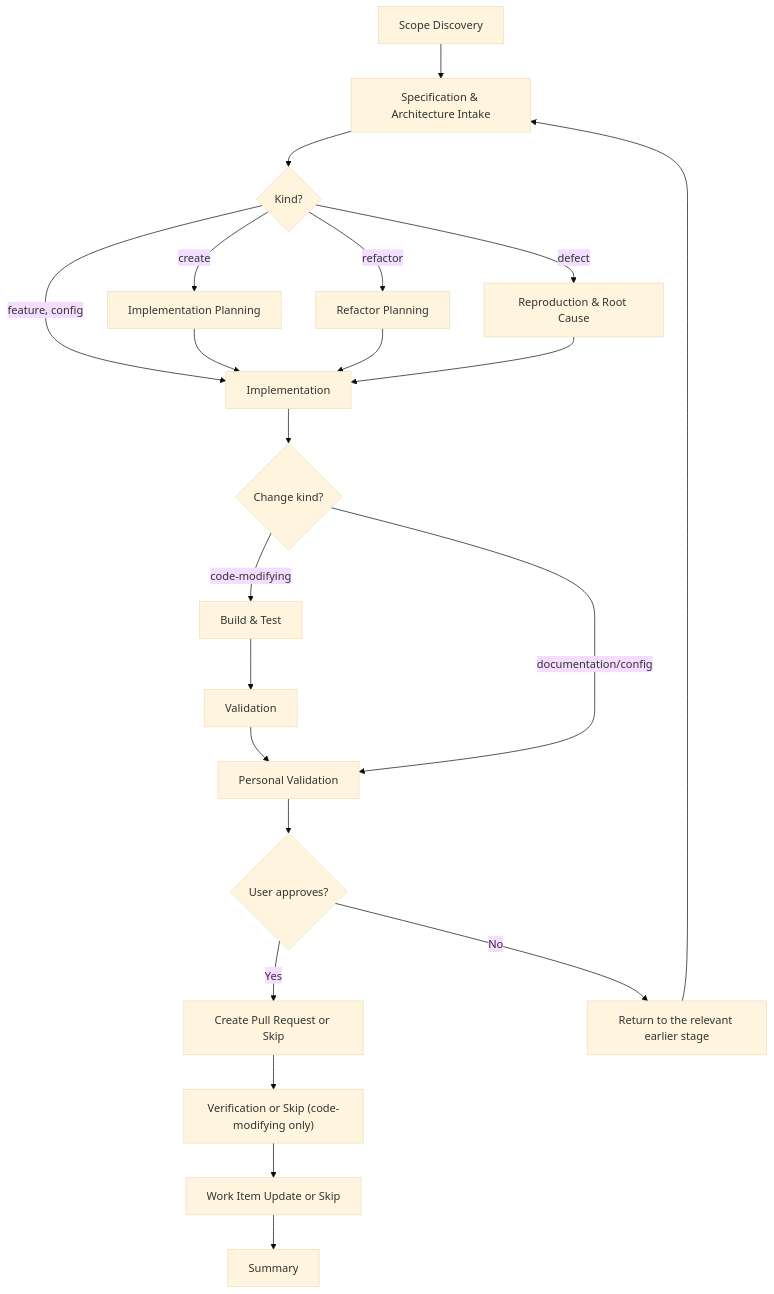
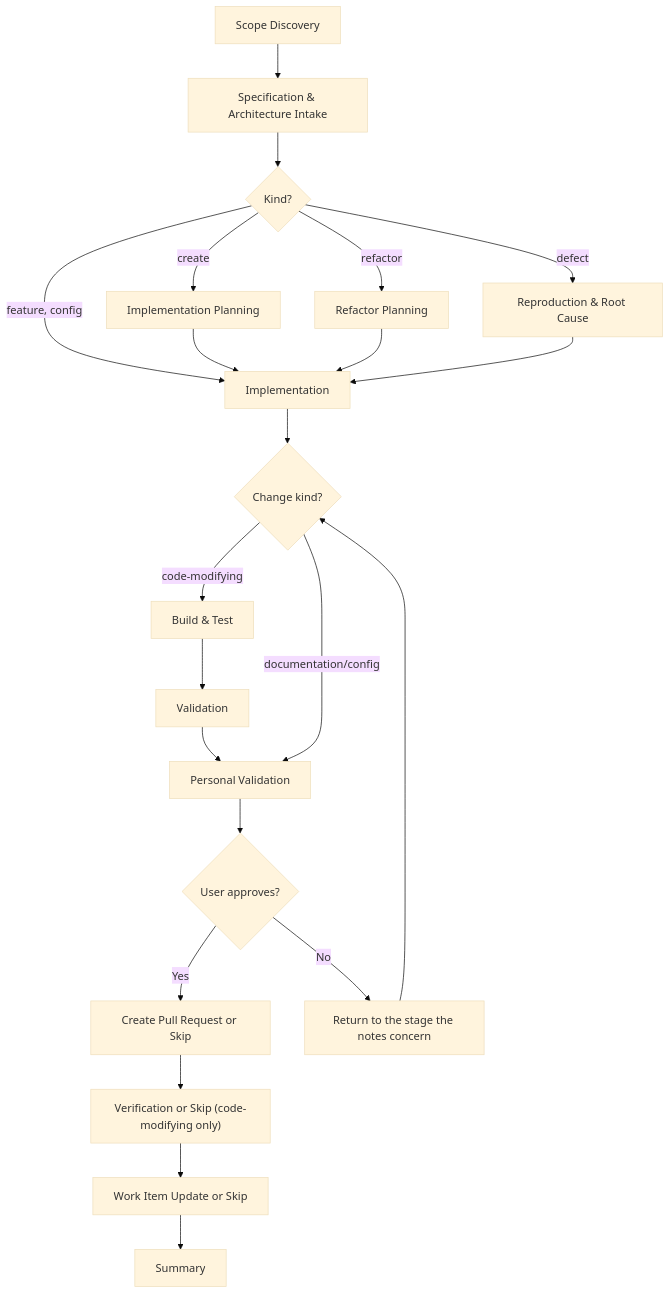
Before and after one commit to JSdotNet/ai-agent-stack: the fourth of 4 diagrams in plugins/delivery/FLOW-DIAGRAMS.md, drawn with Mermaid (base theme). The commit also changed 1 other file, not shown here.

Commit message:
delivery: both flow-code diagrams send a revise round to the stage the notes concern
All three of the block's flow diagrams sent revise back to Scope Discovery and
FLOW-DIAGRAMS sent it to Specification & Architecture Intake; the runner re-runs the point the
notes concern and the closing phases follow again. Both diagrams say that.

````diff
--- a/plugins/delivery/FLOW-DIAGRAMS.md
+++ b/plugins/delivery/FLOW-DIAGRAMS.md
@@ -120,24 +120,24 @@
 ```mermaid
 flowchart TD
     S["Scope Discovery"] --> A["Specification & Architecture Intake"]
     A --> K{Kind?}
     K -->|create| P["Implementation Planning"]
     K -->|refactor| R["Refactor Planning"]
     K -->|defect| Q["Reproduction & Root Cause"]
     K -->|feature, config| B
     P --> B["Implementation"]
     R --> B
     Q --> B
     B --> T{Change kind?}
     T -->|code-modifying| C["Build & Test"]
     C --> D["Validation"]
     D --> E["Personal Validation"]
     T -->|documentation/config| E
     E --> F{User approves?}
     F -->|Yes| G["Create Pull Request or Skip"]
-    F -->|No| H["Return to the relevant earlier stage"]
-    H --> A
+    F -->|No| H["Return to the stage the notes concern"]
+    H --> T
     G --> DU["Verification or Skip (code-modifying only)"]
     DU --> U["Work Item Update or Skip"]
     U --> I["Summary"]
 ```
````
